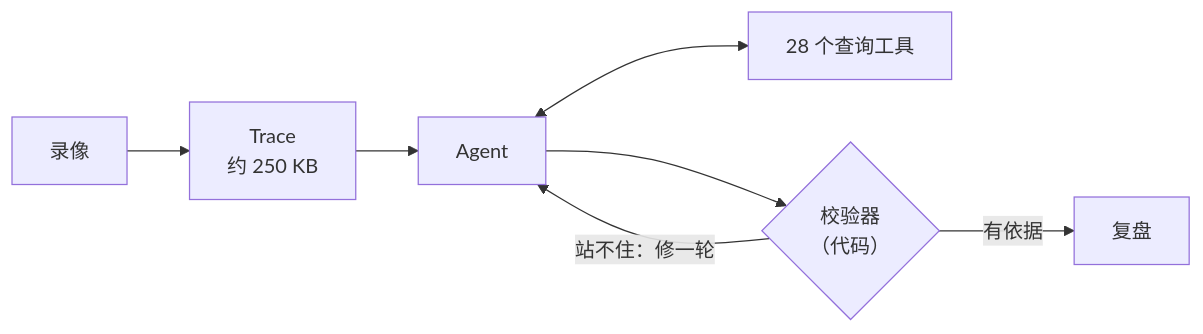
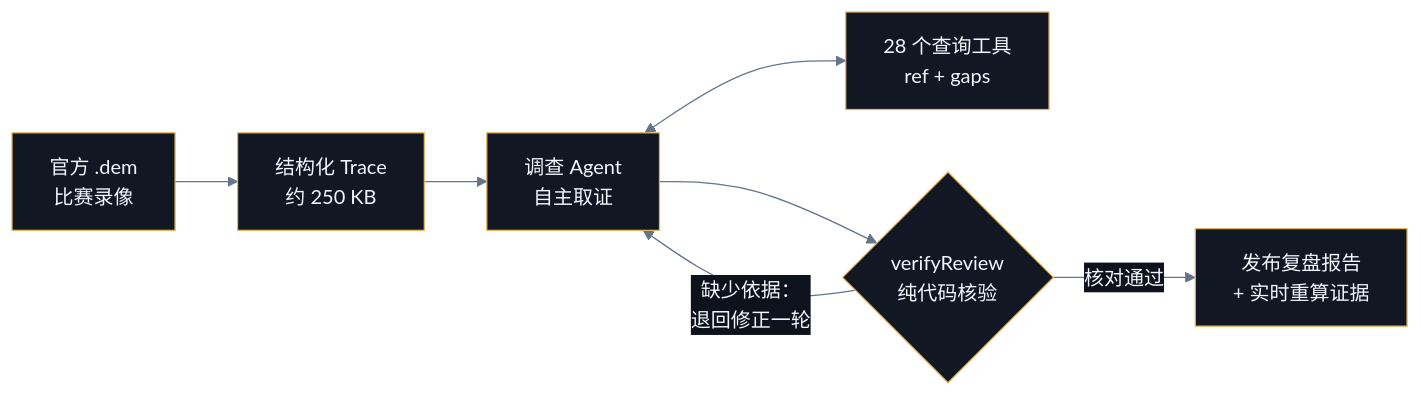
Before and after one commit to qianhaoq/dota2.ai: the diagram in README.zh-CN.md, drawn with Mermaid. The commit also changed other lines of this file and 14 other files, not shown here.

````diff
--- a/README.zh-CN.md
+++ b/README.zh-CN.md
@@ -101,9 +169,10 @@
 ```mermaid
+%%{init: {'theme': 'base', 'themeVariables': {'primaryColor': '#111723', 'primaryTextColor': '#f3f6fb', 'primaryBorderColor': '#e5b55c', 'lineColor': '#64748b', 'secondaryColor': '#0d121c', 'tertiaryColor': '#090d14'}}}%%
 flowchart LR
-    R["录像"] --> T["Trace<br/>约 250 KB"]
-    T --> A["Agent"]
-    A <--> L["28 个查询工具"]
-    A --> V{"校验器<br/>（代码）"}
-    V -- "站不住：修一轮" --> A
-    V -- "有依据" --> D["复盘"]
+    R["官方 .dem<br/>比赛录像"] --> T["结构化 Trace<br/>约 250 KB"]
+    T --> A["调查 Agent<br/>自主取证"]
+    A <--> L["28 个查询工具<br/>ref + gaps"]
+    A --> V{"verifyReview<br/>纯代码核验"}
+    V -- "缺少依据：<br/>退回修正一轮" --> A
+    V -- "核对通过" --> D["发布复盘报告<br/>+ 实时重算证据"]
 ```
````
